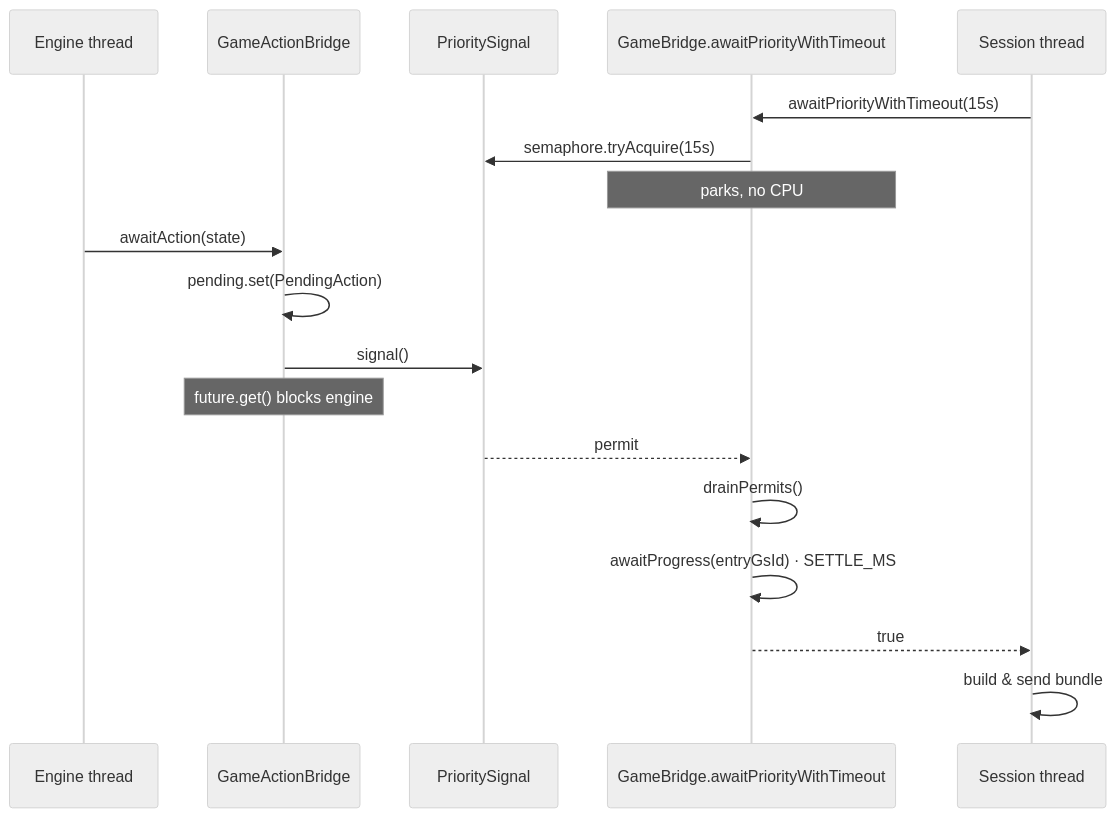
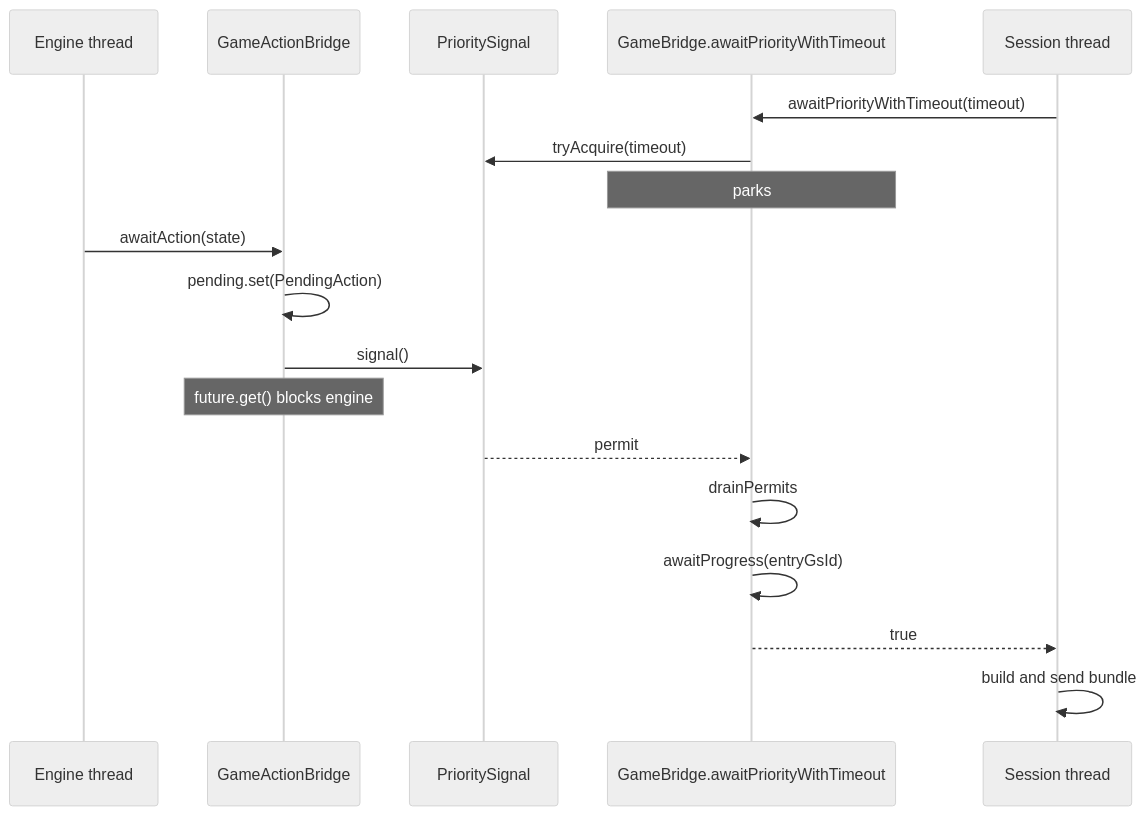
The second of 2 diagrams in docs/bridge-threading.md (delebedev/leyline), drawn with Mermaid (neutral theme) before and after one commit. The commit also changed other lines of this file and 1 other file, not shown here.

First line of the commit message:
docs: slim bridge-threading + refresh architecture to shape-only

````diff
--- a/docs/bridge-threading.md
+++ b/docs/bridge-threading.md
@@ -81,21 +78,21 @@
 ```mermaid
 sequenceDiagram
     participant ENG as Engine thread
     participant AB as GameActionBridge
     participant SIG as PrioritySignal
     participant GB as GameBridge.awaitPriorityWithTimeout
     participant SESS as Session thread
 
-    SESS->>GB: awaitPriorityWithTimeout(15s)
-    GB->>SIG: semaphore.tryAcquire(15s)
-    Note over GB: parks, no CPU
+    SESS->>GB: awaitPriorityWithTimeout(timeout)
+    GB->>SIG: tryAcquire(timeout)
+    Note over GB: parks
     ENG->>AB: awaitAction(state)
     AB->>AB: pending.set(PendingAction)
     AB->>SIG: signal()
     Note over AB: future.get() blocks engine
     SIG-->>GB: permit
-    GB->>GB: drainPermits()
-    GB->>GB: awaitProgress(entryGsId) · SETTLE_MS
+    GB->>GB: drainPermits
+    GB->>GB: awaitProgress(entryGsId)
     GB-->>SESS: true
-    SESS->>SESS: build & send bundle
+    SESS->>SESS: build and send bundle
 ```
````
